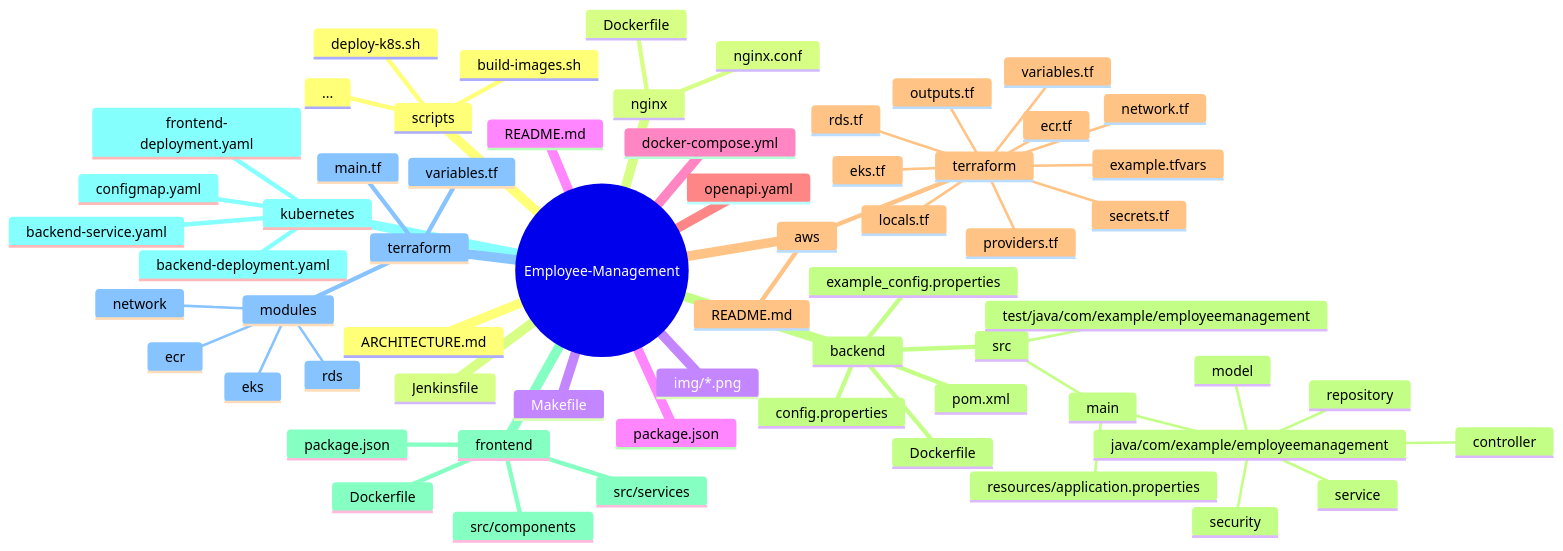
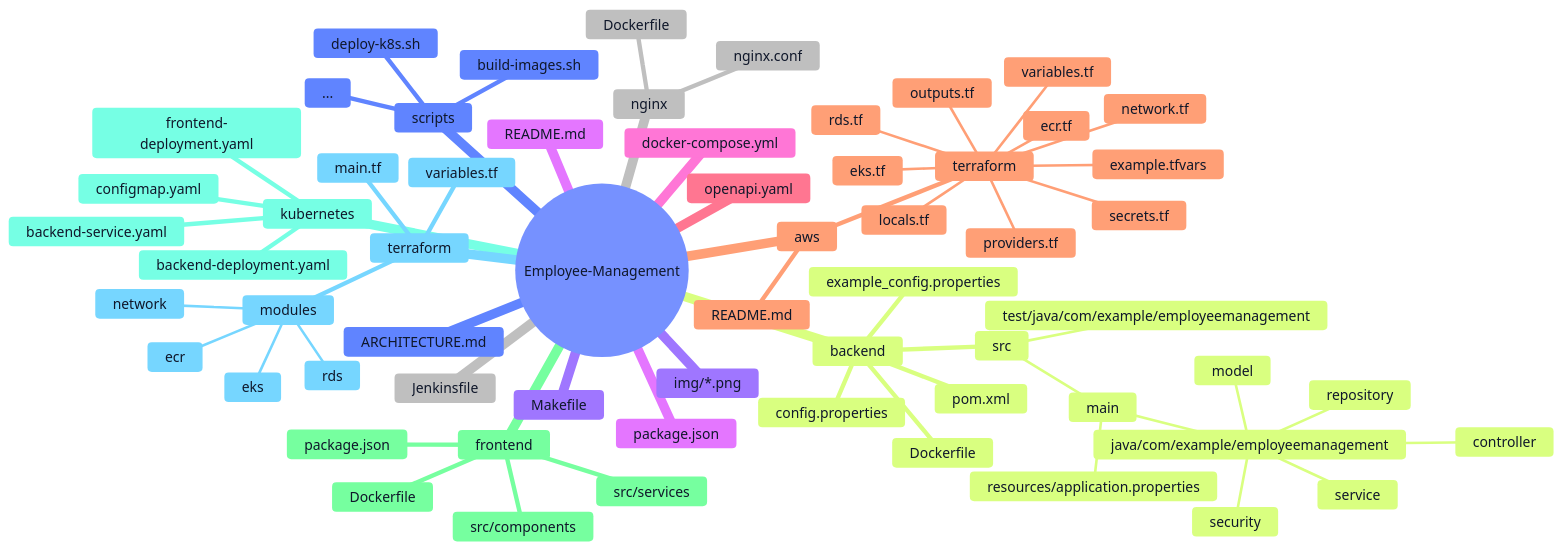
The fourth of 9 diagrams in README.md (Ashh-arch38/employee-management-system), drawn with Mermaid before and after one commit. The commit also changed other lines of this file and 23 other files, not shown here.

````diff
--- a/README.md
+++ b/README.md
@@ -307,65 +271,75 @@
 ```mermaid
+%%{init: {'theme': 'base', 'themeVariables': {
+  'background': '#ffffff',
+  'primaryColor': '#f5f7ff',
+  'primaryBorderColor': '#1E3C72',
+  'primaryTextColor': '#0f172a',
+  'secondaryColor': '#e0e7ff',
+  'tertiaryColor': '#ffffff',
+  'textColor': '#0f172a',
+  'lineColor': '#1E3C72'
+}}}%%
 mindmap
   root((Employee-Management))
     ARCHITECTURE.md
     Jenkinsfile
     Makefile
     README.md
     docker-compose.yml
     openapi.yaml
     aws
       README.md
       terraform
         example.tfvars
         providers.tf
         locals.tf
         network.tf
         eks.tf
         rds.tf
         secrets.tf
         ecr.tf
         outputs.tf
         variables.tf
     backend
       Dockerfile
       pom.xml
       config.properties
       example_config.properties
       src
         main
           java/com/example/employeemanagement
             controller
             service
             repository
             model
             security
           resources/application.properties
         test/java/com/example/employeemanagement
     frontend
       Dockerfile
       package.json
       src/components
       src/services
     kubernetes
       backend-deployment.yaml
       backend-service.yaml
       configmap.yaml
       frontend-deployment.yaml
     terraform
       main.tf
       modules
         network
         eks
         rds
         ecr
       variables.tf
     scripts
       build-images.sh
       deploy-k8s.sh
       ...
     nginx
       Dockerfile
       nginx.conf
     img/*.png
     package.json
 ```
````
